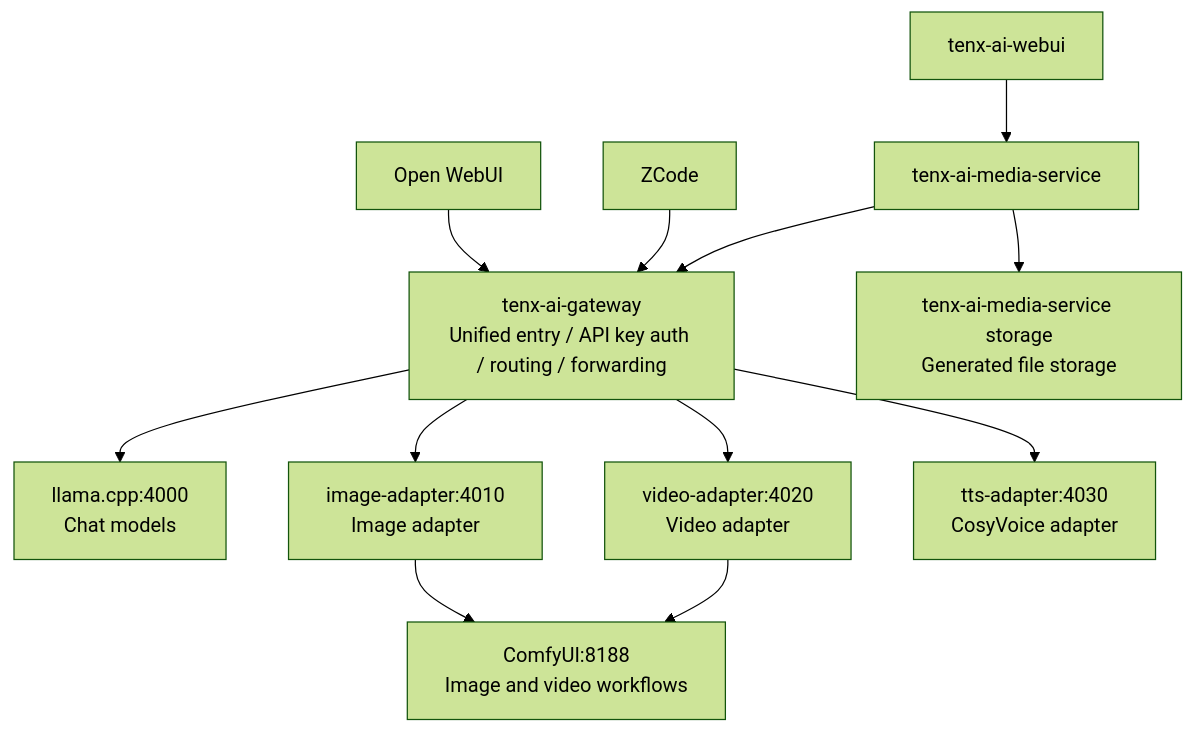
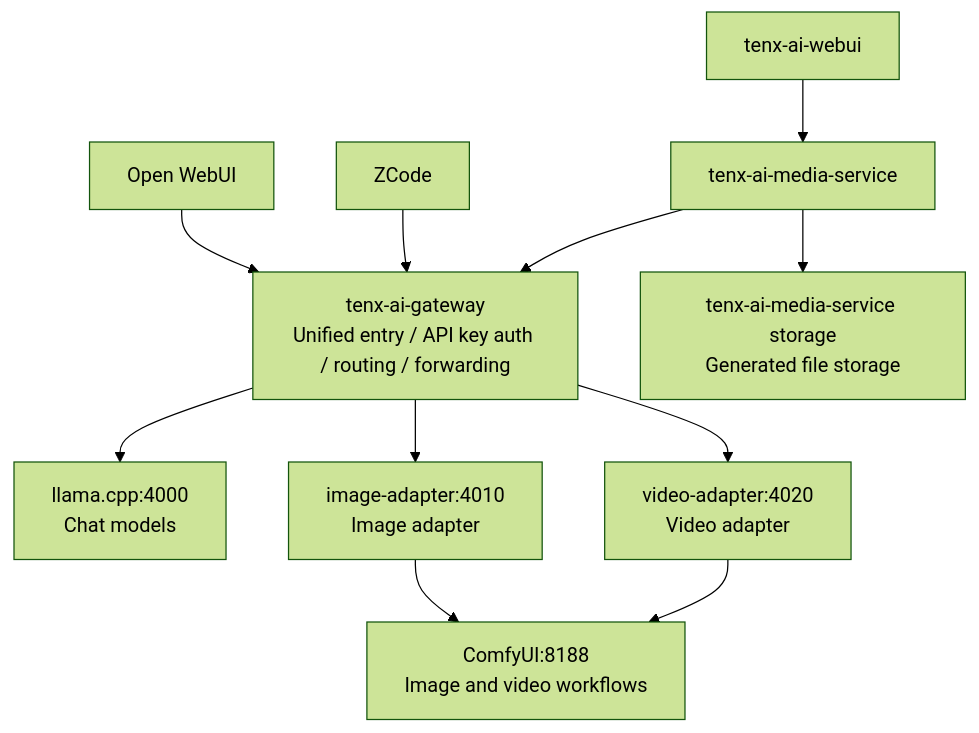
The diagram in README.md (doudouli103-dot/tenx-ai-gateway), drawn with Mermaid (forest theme) before and after one commit. The commit also changed other lines of this file and 8 other files, not shown here.

````diff
--- a/README.md
+++ b/README.md
@@ -40,32 +38,29 @@
 ```mermaid
 flowchart TD
     A1[Open WebUI]
     A2[ZCode]
     A3[tenx-ai-media-service]
     A4[tenx-ai-webui]
 
     G[tenx-ai-gateway<br/>Unified entry / API key auth / routing / forwarding]
 
     T[llama.cpp:4000<br/>Chat models]
     IA[image-adapter:4010<br/>Image adapter]
     VA[video-adapter:4020<br/>Video adapter]
-    TA[tts-adapter:4030<br/>CosyVoice adapter]
-
     C[ComfyUI:8188<br/>Image and video workflows]
     S[tenx-ai-media-service storage<br/>Generated file storage]
 
     A1 --> G
     A2 --> G
     A4 --> A3
     A3 --> G
 
     G --> T
     G --> IA
     G --> VA
-    G --> TA
 
     IA --> C
     VA --> C
 
     A3 --> S
 ```
````
